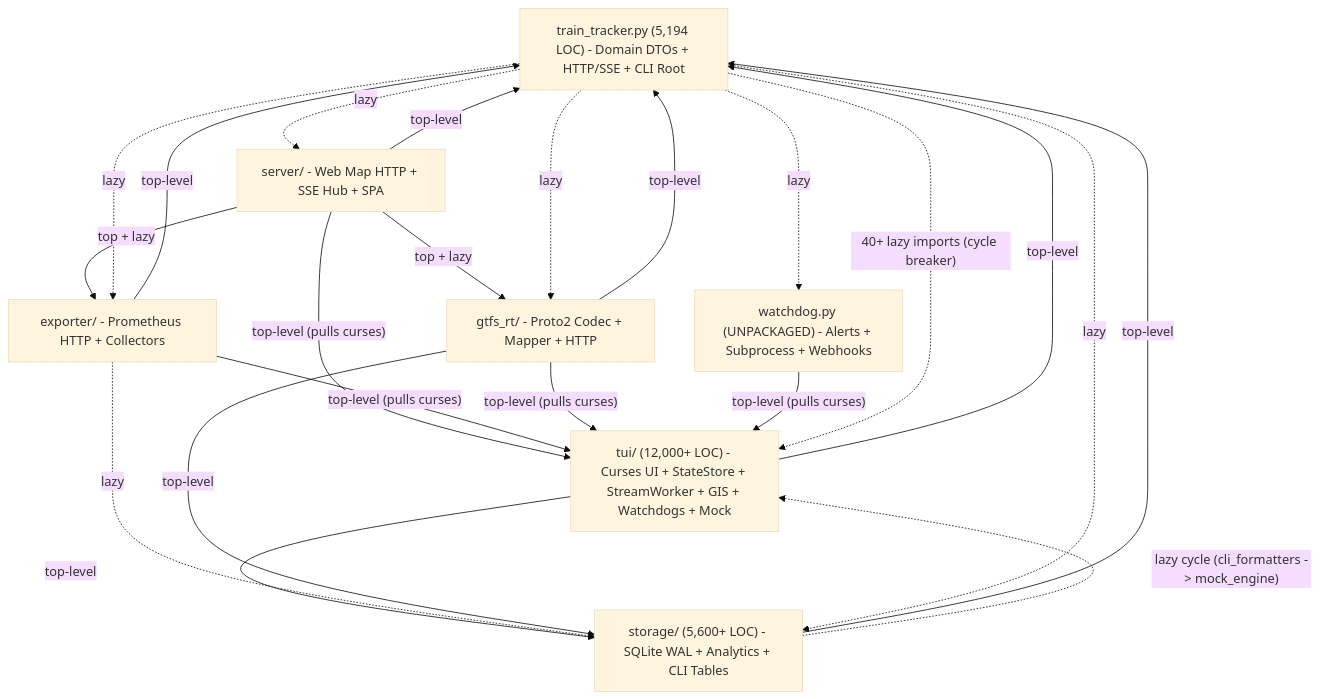
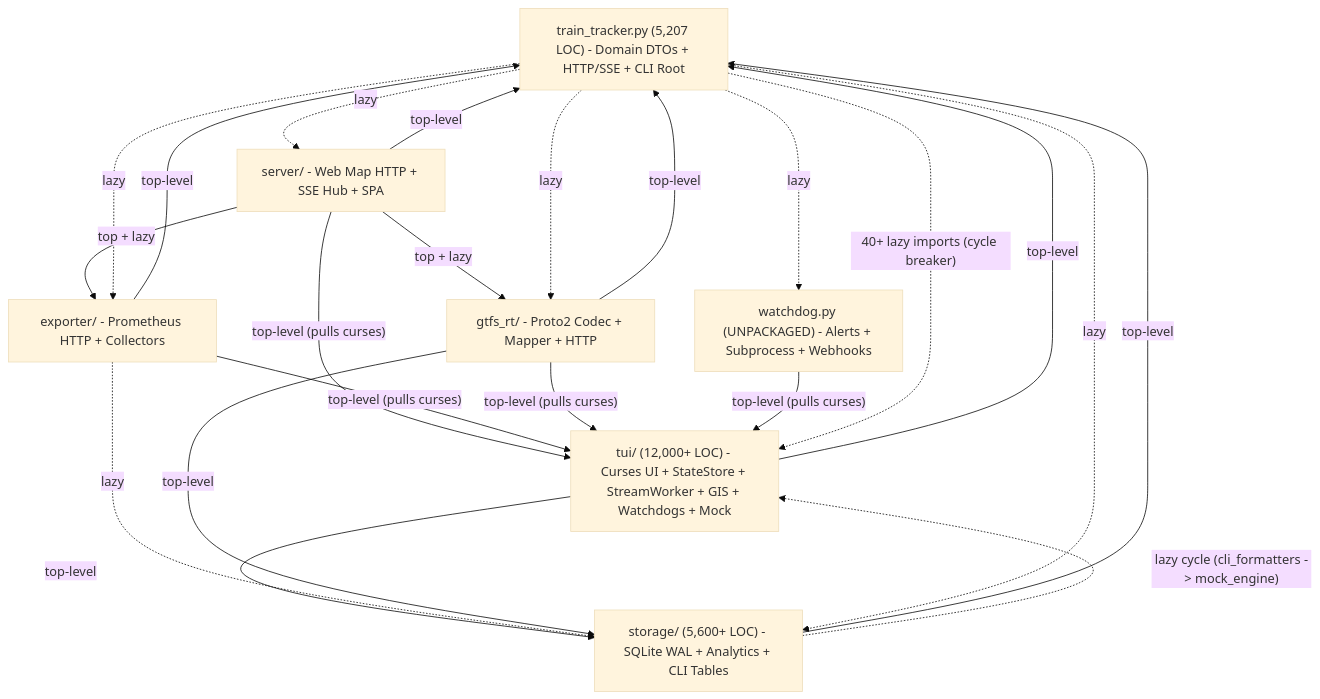
Before and after one commit to svagionitis/railmon: the first of 2 diagrams in docs/architecture/codebase-architecture-review.md, drawn with Mermaid (base theme). The commit also changed other lines of this file and 10 other files, not shown here.

````diff
--- a/docs/architecture/codebase-architecture-review.md
+++ b/docs/architecture/codebase-architecture-review.md
@@ -76,32 +76,32 @@
 ```mermaid
 flowchart TD
-    TT["train_tracker.py (5,194 LOC) - Domain DTOs + HTTP/SSE + CLI Root"]
+    TT["train_tracker.py (5,207 LOC) - Domain DTOs + HTTP/SSE + CLI Root"]
     TUI["tui/ (12,000+ LOC) - Curses UI + StateStore + StreamWorker + GIS + Watchdogs + Mock"]
     STO["storage/ (5,600+ LOC) - SQLite WAL + Analytics + CLI Tables"]
     SRV["server/ - Web Map HTTP + SSE Hub + SPA"]
     EXP["exporter/ - Prometheus HTTP + Collectors"]
     GTF["gtfs_rt/ - Proto2 Codec + Mapper + HTTP"]
     WDG["watchdog.py (UNPACKAGED) - Alerts + Subprocess + Webhooks"]
 
     TUI -->|"top-level"| TT
     TUI -->|"top-level"| STO
     STO -->|"top-level"| TT
     STO -.->|"lazy cycle (cli_formatters -> mock_engine)"| TUI
     SRV -->|"top-level"| TT
     SRV -->|"top-level (pulls curses)"| TUI
     SRV -->|"top + lazy"| EXP
     SRV -->|"top + lazy"| GTF
     EXP -->|"top-level"| TT
     EXP -->|"top-level (pulls curses)"| TUI
     EXP -.->|"lazy"| STO
     GTF -->|"top-level"| TT
     GTF -->|"top-level (pulls curses)"| TUI
     GTF -->|"top-level"| STO
     WDG -->|"top-level (pulls curses)"| TUI
     TT -.->|"40+ lazy imports (cycle breaker)"| TUI
     TT -.->|"lazy"| STO
     TT -.->|"lazy"| SRV
     TT -.->|"lazy"| EXP
     TT -.->|"lazy"| GTF
     TT -.->|"lazy"| WDG
 ```
````
